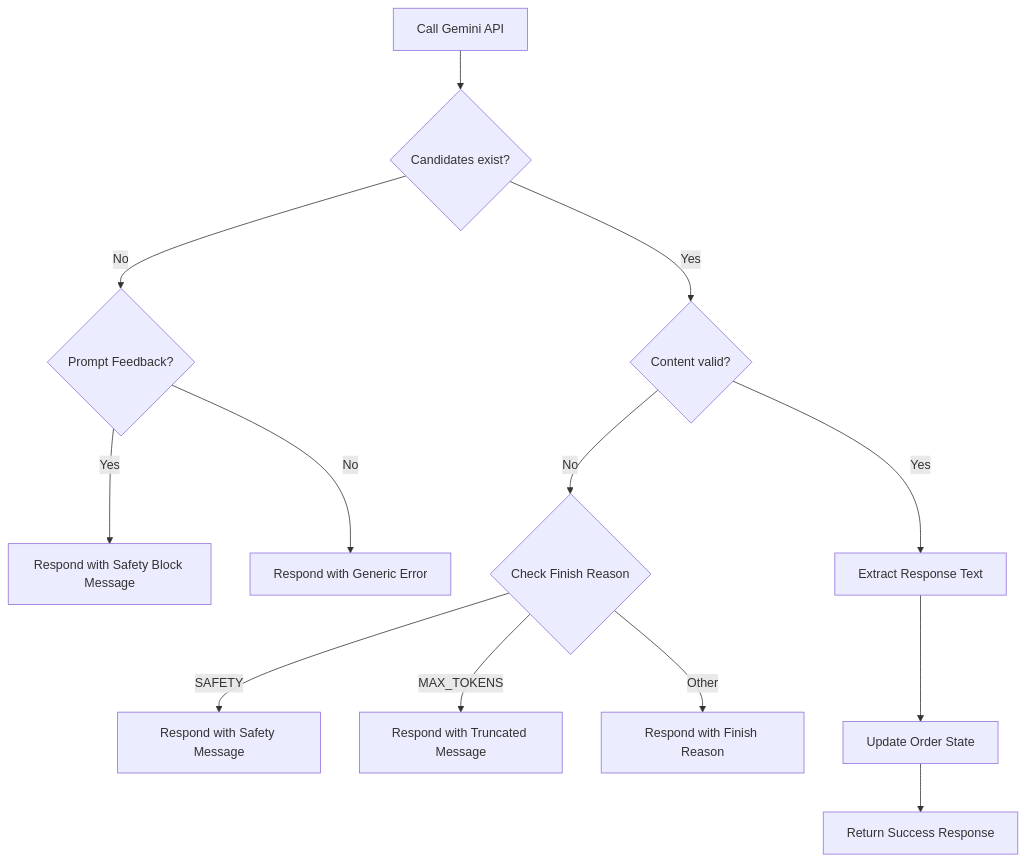
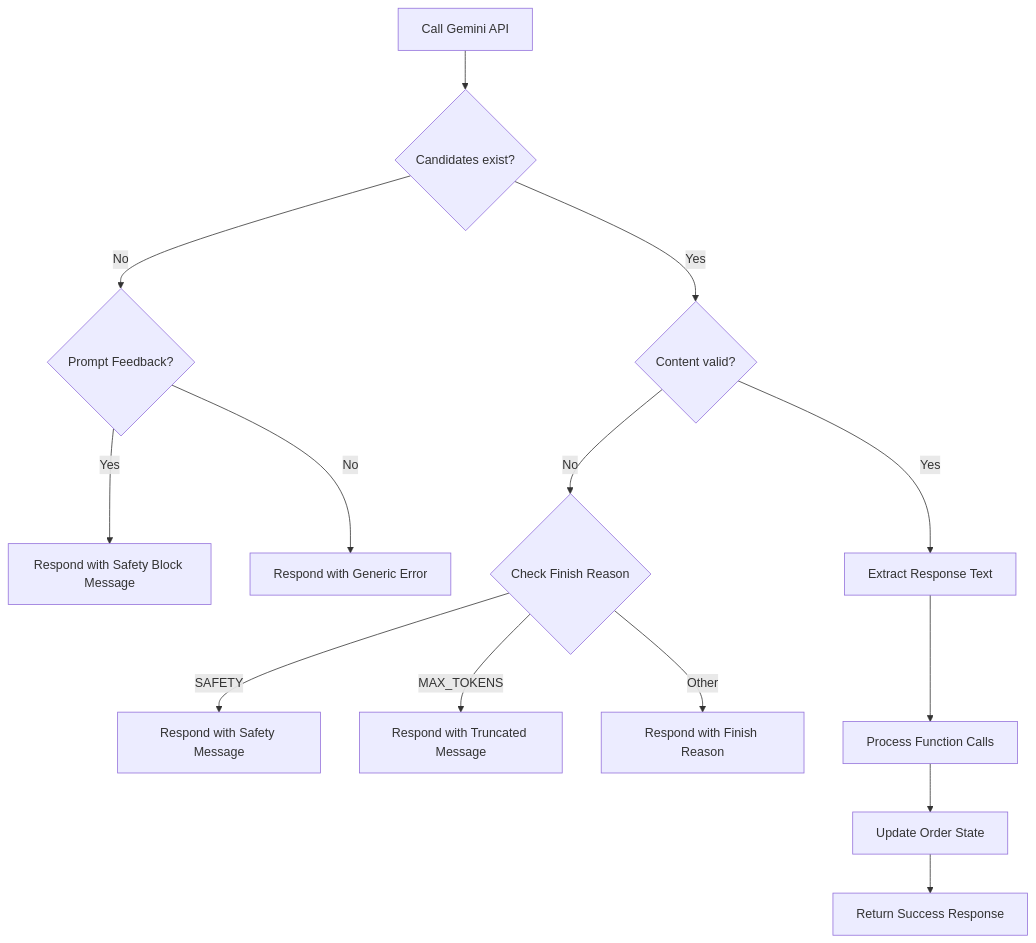
Before and after one commit to MOK-5-ha/MayaBartendingAgent: the fourth of 4 diagrams in .qoder/repowiki/en/content/AI Integration/AI Integration.md, drawn with Mermaid. The commit also changed other lines of this file and 14 other files, not shown here.

````diff
--- a/.qoder/repowiki/en/content/AI Integration/AI Integration.md
+++ b/.qoder/repowiki/en/content/AI Integration/AI Integration.md
@@ -147,15 +164,16 @@
 ```mermaid
 flowchart TD
 CallAPI["Call Gemini API"] --> CheckCandidates{"Candidates exist?"}
 CheckCandidates --> |No| CheckFeedback{"Prompt Feedback?"}
 CheckFeedback --> |Yes| Blocked["Respond with Safety Block Message"]
 CheckFeedback --> |No| GenericError["Respond with Generic Error"]
 CheckCandidates --> |Yes| CheckContent{"Content valid?"}
 CheckContent --> |No| CheckFinishReason{"Check Finish Reason"}
 CheckFinishReason --> |SAFETY| Safety["Respond with Safety Message"]
 CheckFinishReason --> |MAX_TOKENS| Truncated["Respond with Truncated Message"]
 CheckFinishReason --> |Other| OtherError["Respond with Finish Reason"]
 CheckContent --> |Yes| ExtractText["Extract Response Text"]
-ExtractText --> UpdateOrder["Update Order State"]
+ExtractText --> ProcessFunctions["Process Function Calls"]
+ProcessFunctions --> UpdateOrder["Update Order State"]
 UpdateOrder --> ReturnSuccess["Return Success Response"]
 ```
````
